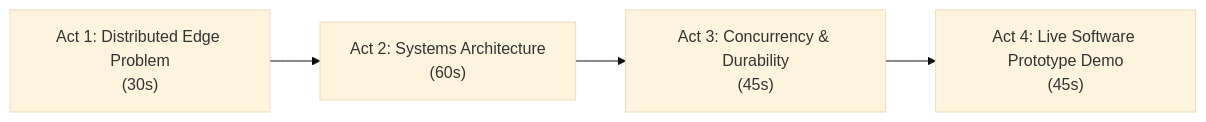
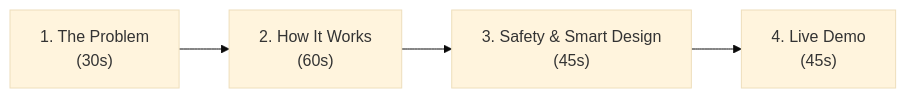
The diagram in docs/FAQs.md (RitwikGupta-0501/Solar-Sweeper-Edge-Daemon), drawn with Mermaid (base theme) before and after one commit. The commit also changed other lines of this file, not shown here.

````diff
--- a/docs/FAQs.md
+++ b/docs/FAQs.md
@@ -11,6 +13,6 @@
 ```mermaid
 graph LR
-    A["Act 1: Distributed Edge Problem\n(30s)"] --> B["Act 2: Systems Architecture\n(60s)"]
-    B --> C["Act 3: Concurrency & Durability\n(45s)"]
-    C --> D["Act 4: Live Software Prototype Demo\n(45s)"]
+    A["1. The Problem\n(30s)"] --> B["2. How It Works\n(60s)"]
+    B --> C["3. Safety & Smart Design\n(45s)"]
+    C --> D["4. Live Demo\n(45s)"]
 ```
````
